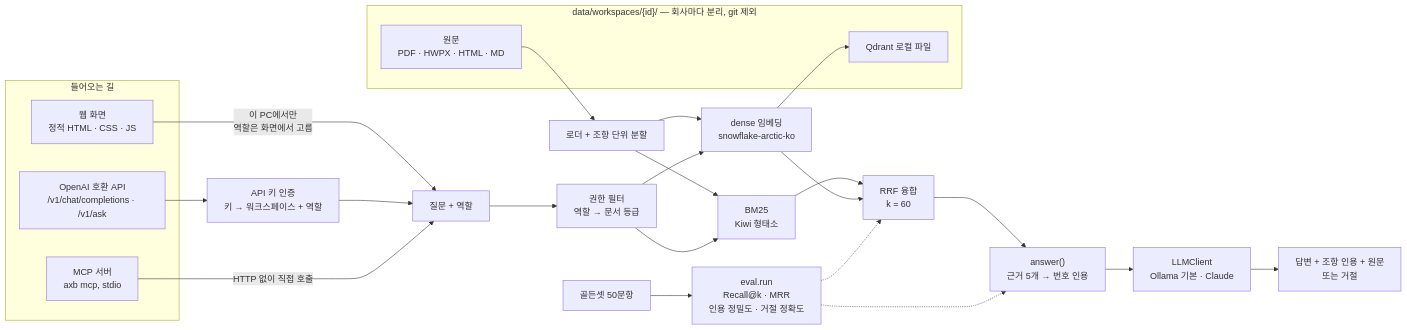
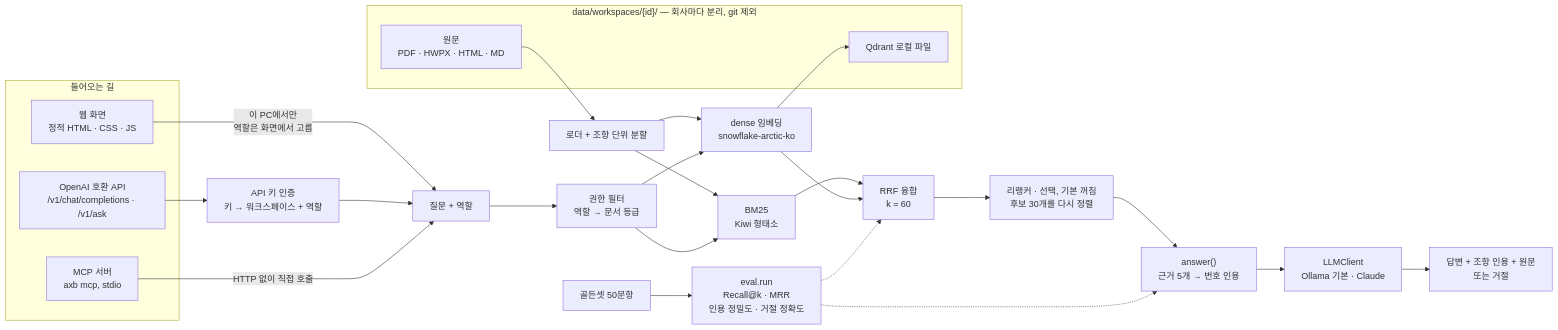
Before and after one commit to Growcompany/ax-assistant-builder: the diagram in README.md, drawn with Mermaid. The commit also changed other lines of this file and 8 other files, not shown here.

````diff
--- a/README.md
+++ b/README.md
@@ -207,31 +216,32 @@
 ```mermaid
 flowchart LR
     subgraph IN["들어오는 길"]
         UI["웹 화면<br/>정적 HTML · CSS · JS"]
         V1["OpenAI 호환 API<br/>/v1/chat/completions · /v1/ask"]
         MCP["MCP 서버<br/>axb mcp, stdio"]
     end
     UI -->|"이 PC에서만<br/>역할은 화면에서 고름"| Q
     V1 --> KEY["API 키 인증<br/>키 → 워크스페이스 + 역할"]
     KEY --> Q
     MCP -->|"HTTP 없이 직접 호출"| Q
     subgraph WS["data/workspaces/{id}/ — 회사마다 분리, git 제외"]
         RAW["원문<br/>PDF · HWPX · HTML · MD"]
         IDX["Qdrant 로컬 파일"]
     end
     RAW --> CHUNK["로더 + 조항 단위 분할"]
     CHUNK --> BM25["BM25<br/>Kiwi 형태소"]
     CHUNK --> DENSE["dense 임베딩<br/>snowflake-arctic-ko"]
     DENSE --> IDX
     Q["질문 + 역할"] --> ACL["권한 필터<br/>역할 → 문서 등급"]
     ACL --> BM25
     ACL --> DENSE
     BM25 --> RRF["RRF 융합<br/>k = 60"]
     DENSE --> RRF
-    RRF --> ANS["answer()<br/>근거 5개 → 번호 인용"]
+    RRF --> RERANK["리랭커 · 선택, 기본 꺼짐<br/>후보 30개를 다시 정렬"]
+    RERANK --> ANS["answer()<br/>근거 5개 → 번호 인용"]
     ANS --> LLM["LLMClient<br/>Ollama 기본 · Claude"]
     LLM --> OUT["답변 + 조항 인용 + 원문<br/>또는 거절"]
     GOLD["골든셋 50문항"] --> EVAL["eval.run<br/>Recall@k · MRR<br/>인용 정밀도 · 거절 정확도"]
     EVAL -.-> RRF
     EVAL -.-> ANS
 ```
````
